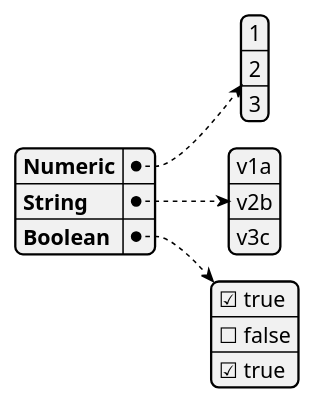
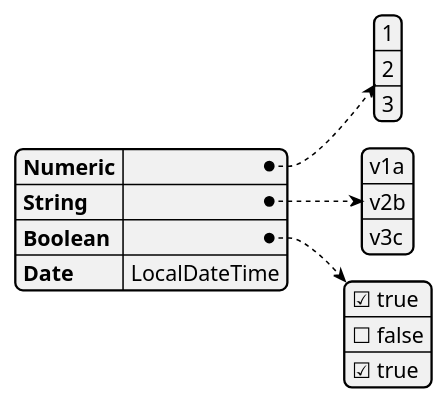
Before and after one commit to bingowangzhb/mybatis-samples: the diagram in doc/aaa.puml, drawn with PlantUML. The commit also changed 2 other files, not shown here.

```diff
--- a/doc/aaa.puml
+++ b/doc/aaa.puml
@@ -1,7 +1,8 @@
 @startjson
 {
 "Numeric": [1, 2, 3],
 "String ": ["v1a", "v2b", "v3c"],
-"Boolean": [true, false, true]
+"Boolean": [true, false, true],
+"Date": "LocalDateTime"
 }
 @endjson
```
